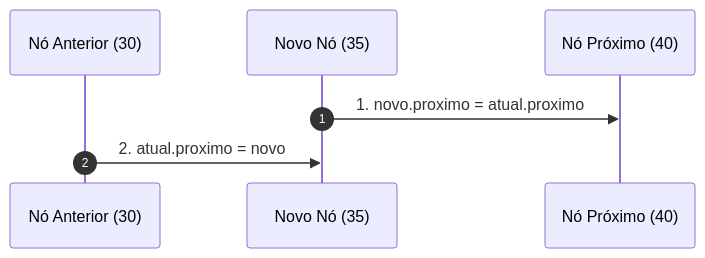
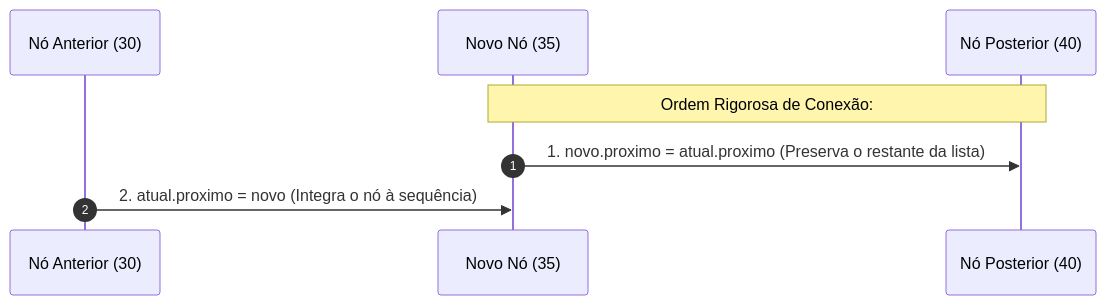
One commit to murilolol/unifef changed diagram 22 of 33 in 4º Semestre/[Prof. Wesley Soares] Estrutura de Dados I/Resumos-IA/Caderno-Consolidado.md. Above: the diagram before and after it, drawn with Mermaid. The commit also changed other lines of this file and 18 other files, not shown here.

````diff
--- a/4º Semestre/[Prof. Wesley Soares] Estrutura de Dados I/Resumos-IA/Caderno-Consolidado.md
+++ b/4º Semestre/[Prof. Wesley Soares] Estrutura de Dados I/Resumos-IA/Caderno-Consolidado.md
@@ -856,9 +954,11 @@
 ```mermaid
 sequenceDiagram
     autonumber
     participant Ant as Nó Anterior (30)
     participant Novo as Novo Nó (35)
-    participant Prox as Nó Próximo (40)
-    Novo->>Prox: 1. novo.proximo = atual.proximo
-    Ant->>Novo: 2. atual.proximo = novo
+    participant Prox as Nó Posterior (40)
+
+    Note over Novo,Prox: Ordem Rigorosa de Conexão:
+    Novo->>Prox: 1. novo.proximo = atual.proximo (Preserva o restante da lista)
+    Ant->>Novo: 2. atual.proximo = novo (Integra o nó à sequência)
 ```
````
